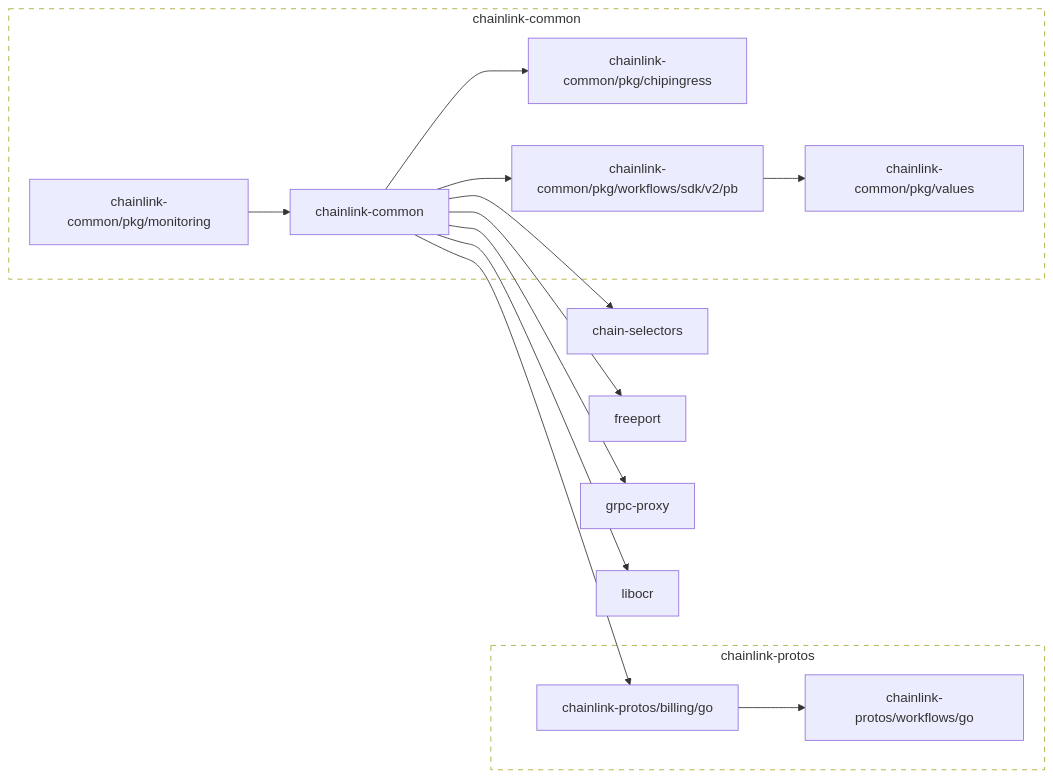
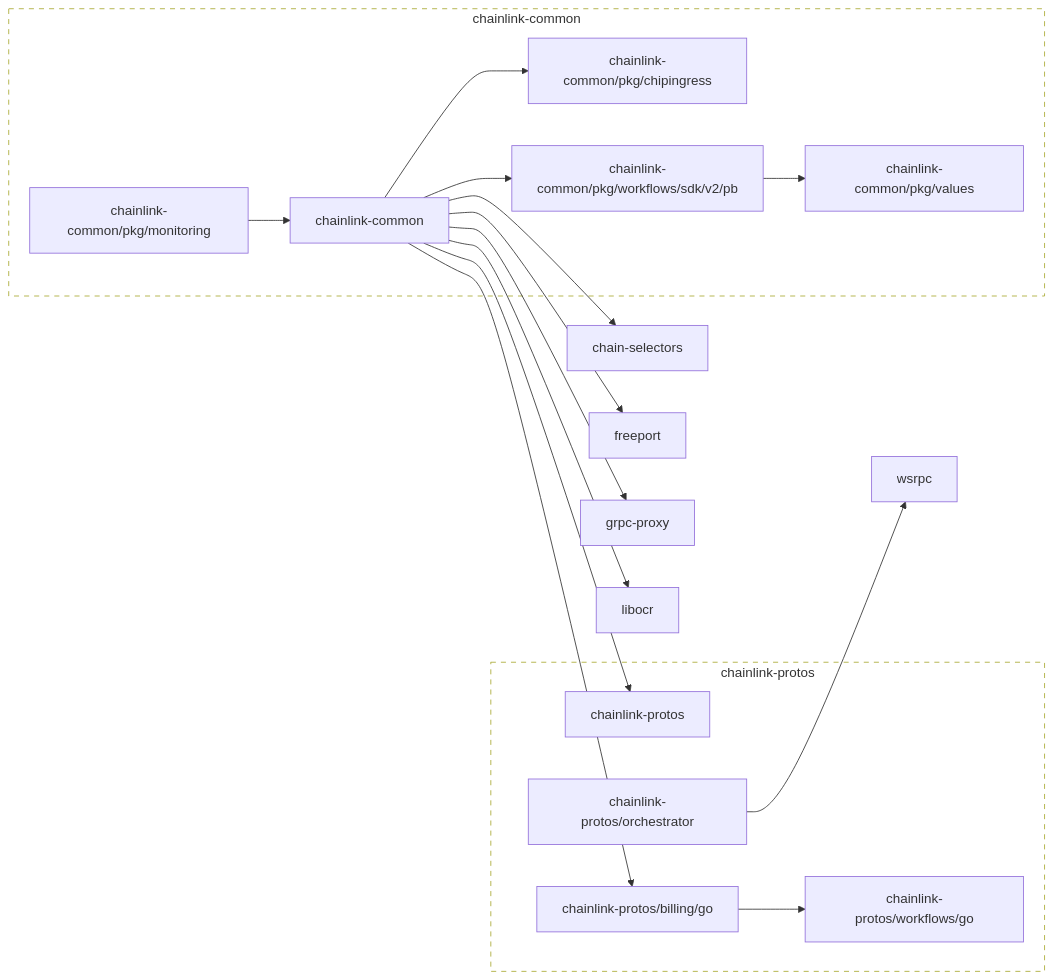
One commit to smartcontractkit/chainlink-common changed the diagram in go.md. Above: the diagram before and after it, drawn with Mermaid. The commit also changed 11 other files, not shown here.

````diff
--- a/go.md
+++ b/go.md
@@ -2,50 +2,59 @@
 ```mermaid
 flowchart LR
 
 	chain-selectors
 	click chain-selectors href "https://github.com/smartcontractkit/chain-selectors"
 	chainlink-common --> chain-selectors
 	chainlink-common --> chainlink-common/pkg/chipingress
 	chainlink-common --> chainlink-common/pkg/workflows/sdk/v2/pb
+	chainlink-common --> chainlink-protos
 	chainlink-common --> chainlink-protos/billing/go
 	chainlink-common --> freeport
 	chainlink-common --> grpc-proxy
 	chainlink-common --> libocr
 	click chainlink-common href "https://github.com/smartcontractkit/chainlink-common"
 	chainlink-common/pkg/chipingress
 	click chainlink-common/pkg/chipingress href "https://github.com/smartcontractkit/chainlink-common"
 	chainlink-common/pkg/monitoring --> chainlink-common
 	click chainlink-common/pkg/monitoring href "https://github.com/smartcontractkit/chainlink-common"
 	chainlink-common/pkg/values
 	click chainlink-common/pkg/values href "https://github.com/smartcontractkit/chainlink-common"
 	chainlink-common/pkg/workflows/sdk/v2/pb --> chainlink-common/pkg/values
 	click chainlink-common/pkg/workflows/sdk/v2/pb href "https://github.com/smartcontractkit/chainlink-common"
+	chainlink-protos
+	click chainlink-protos href "https://github.com/smartcontractkit/chainlink-protos"
 	chainlink-protos/billing/go --> chainlink-protos/workflows/go
 	click chainlink-protos/billing/go href "https://github.com/smartcontractkit/chainlink-protos"
+	chainlink-protos/orchestrator --> wsrpc
+	click chainlink-protos/orchestrator href "https://github.com/smartcontractkit/chainlink-protos"
 	chainlink-protos/workflows/go
 	click chainlink-protos/workflows/go href "https://github.com/smartcontractkit/chainlink-protos"
 	freeport
 	click freeport href "https://github.com/smartcontractkit/freeport"
 	grpc-proxy
 	click grpc-proxy href "https://github.com/smartcontractkit/grpc-proxy"
 	libocr
 	click libocr href "https://github.com/smartcontractkit/libocr"
+	wsrpc
+	click wsrpc href "https://github.com/smartcontractkit/wsrpc"
 
 	subgraph chainlink-common-repo[chainlink-common]
 		 chainlink-common
 		 chainlink-common/pkg/chipingress
 		 chainlink-common/pkg/monitoring
 		 chainlink-common/pkg/values
 		 chainlink-common/pkg/workflows/sdk/v2/pb
 	end
 	click chainlink-common-repo href "https://github.com/smartcontractkit/chainlink-common"
 
 	subgraph chainlink-protos-repo[chainlink-protos]
+		 chainlink-protos
 		 chainlink-protos/billing/go
+		 chainlink-protos/orchestrator
 		 chainlink-protos/workflows/go
 	end
 	click chainlink-protos-repo href "https://github.com/smartcontractkit/chainlink-protos"
 
 	classDef outline stroke-dasharray:6,fill:none;
 	class chainlink-common-repo,chainlink-protos-repo outline
 ```
````
